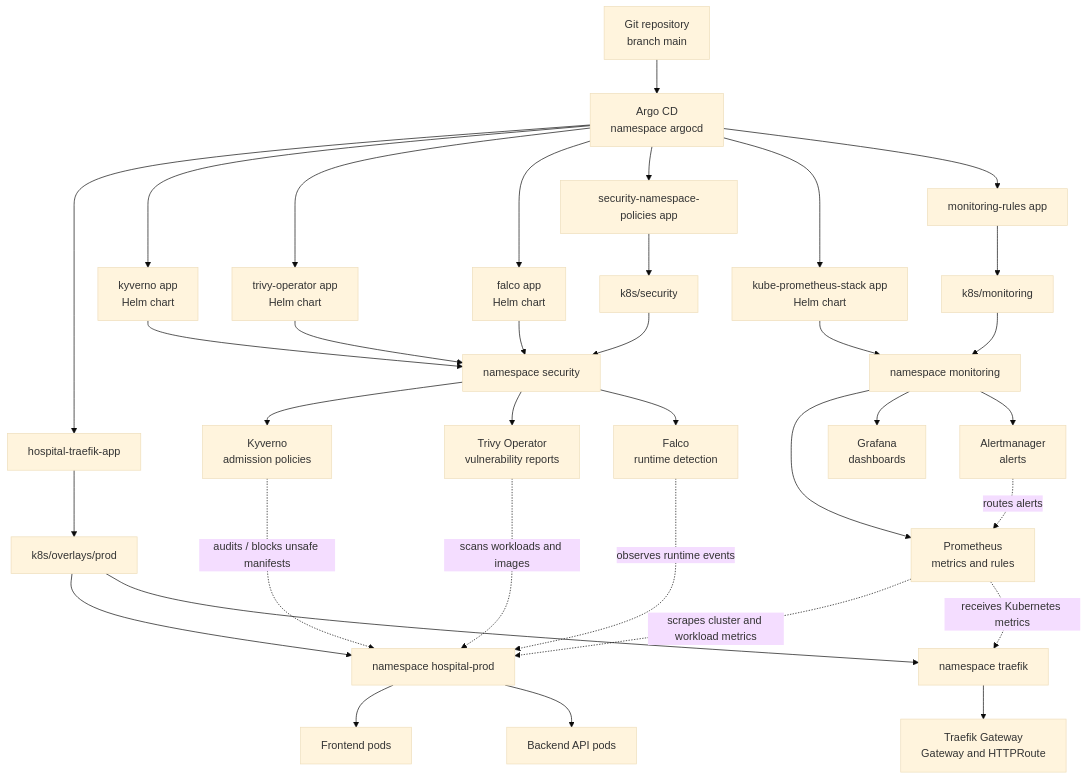
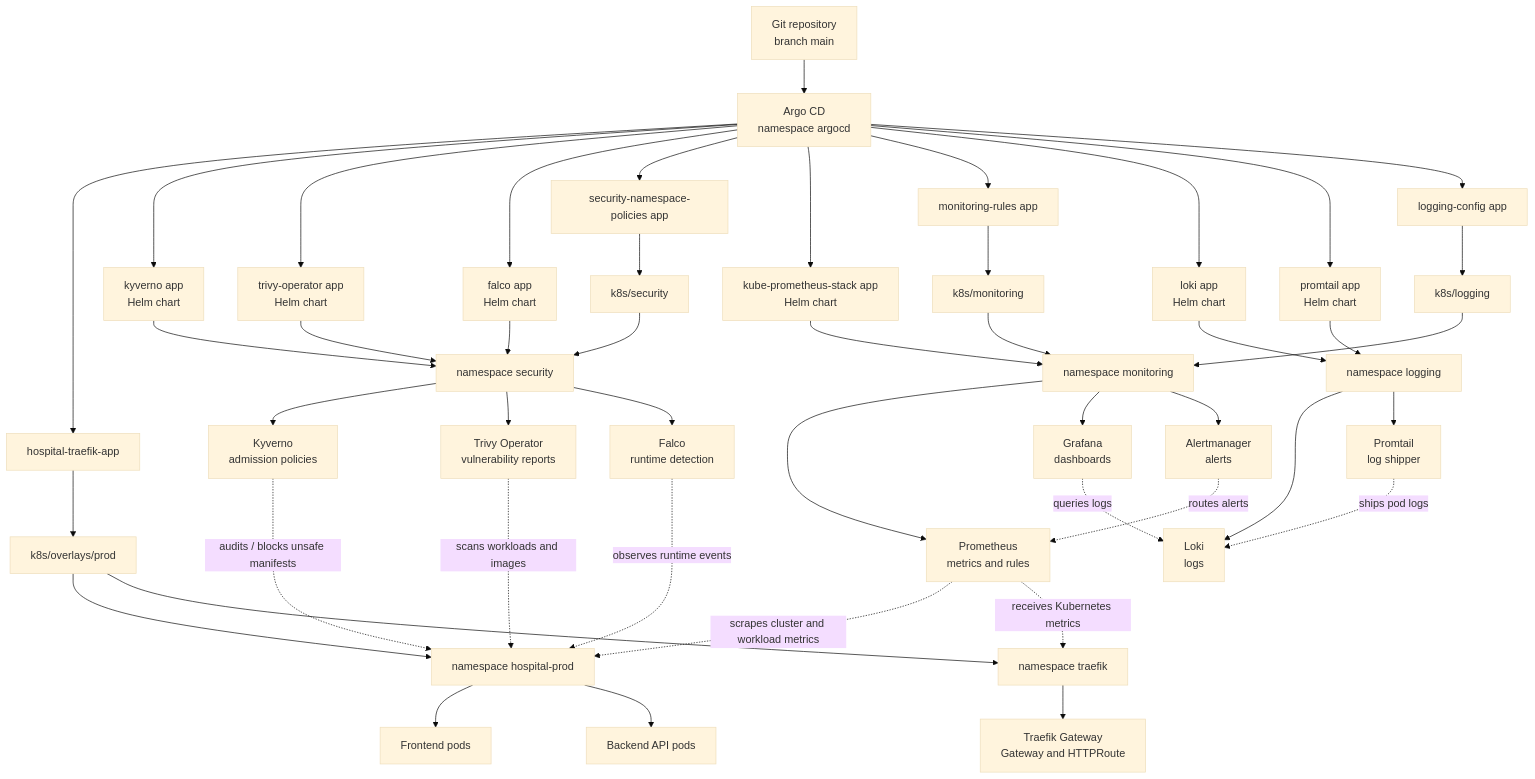
The second of 4 diagrams in argocd/README.md (the-khiem7/eks-cicd-argocd-sec-monitor), drawn with Mermaid (base theme) before and after one commit. The commit also changed other lines of this file and 12 other files, not shown here.

````diff
--- a/argocd/README.md
+++ b/argocd/README.md
@@ -57,43 +61,54 @@
 ```mermaid
 flowchart TB
     git[Git repository<br/>branch main] --> argocd[Argo CD<br/>namespace argocd]
 
     argocd --> app[hospital-traefik-app]
     app --> appPath[k8s/overlays/prod]
     appPath --> hospitalNs[namespace hospital-prod]
     appPath --> traefikNs[namespace traefik]
     hospitalNs --> fe[Frontend pods]
     hospitalNs --> be[Backend API pods]
     traefikNs --> gateway[Traefik Gateway<br/>Gateway and HTTPRoute]
 
     argocd --> kyvernoApp[kyverno app<br/>Helm chart]
     argocd --> trivyApp[trivy-operator app<br/>Helm chart]
     argocd --> falcoApp[falco app<br/>Helm chart]
     argocd --> policyApp[security-namespace-policies app]
     argocd --> promApp[kube-prometheus-stack app<br/>Helm chart]
     argocd --> ruleApp[monitoring-rules app]
+    argocd --> lokiApp[loki app<br/>Helm chart]
+    argocd --> promtailApp[promtail app<br/>Helm chart]
+    argocd --> loggingConfigApp[logging-config app]
 
     kyvernoApp --> securityNs[namespace security]
     trivyApp --> securityNs
     falcoApp --> securityNs
     policyApp --> securityPath[k8s/security]
     securityPath --> securityNs
 
     securityNs --> kyverno[Kyverno<br/>admission policies]
     securityNs --> trivy[Trivy Operator<br/>vulnerability reports]
     securityNs --> falco[Falco<br/>runtime detection]
 
     promApp --> monitoringNs[namespace monitoring]
     ruleApp --> monitoringPath[k8s/monitoring]
     monitoringPath --> monitoringNs
     monitoringNs --> prometheus[Prometheus<br/>metrics and rules]
     monitoringNs --> grafana[Grafana<br/>dashboards]
     monitoringNs --> alertmanager[Alertmanager<br/>alerts]
+    lokiApp --> loggingNs[namespace logging]
+    promtailApp --> loggingNs
+    loggingConfigApp --> loggingPath[k8s/logging]
+    loggingPath --> monitoringNs
+    loggingNs --> loki[Loki<br/>logs]
+    loggingNs --> promtail[Promtail<br/>log shipper]
 
     kyverno -. audits / blocks unsafe manifests .-> hospitalNs
     trivy -. scans workloads and images .-> hospitalNs
     falco -. observes runtime events .-> hospitalNs
     prometheus -. scrapes cluster and workload metrics .-> hospitalNs
     prometheus -. receives Kubernetes metrics .-> traefikNs
+    promtail -. ships pod logs .-> loki
+    grafana -. queries logs .-> loki
     alertmanager -. routes alerts .-> prometheus
 ```
````
